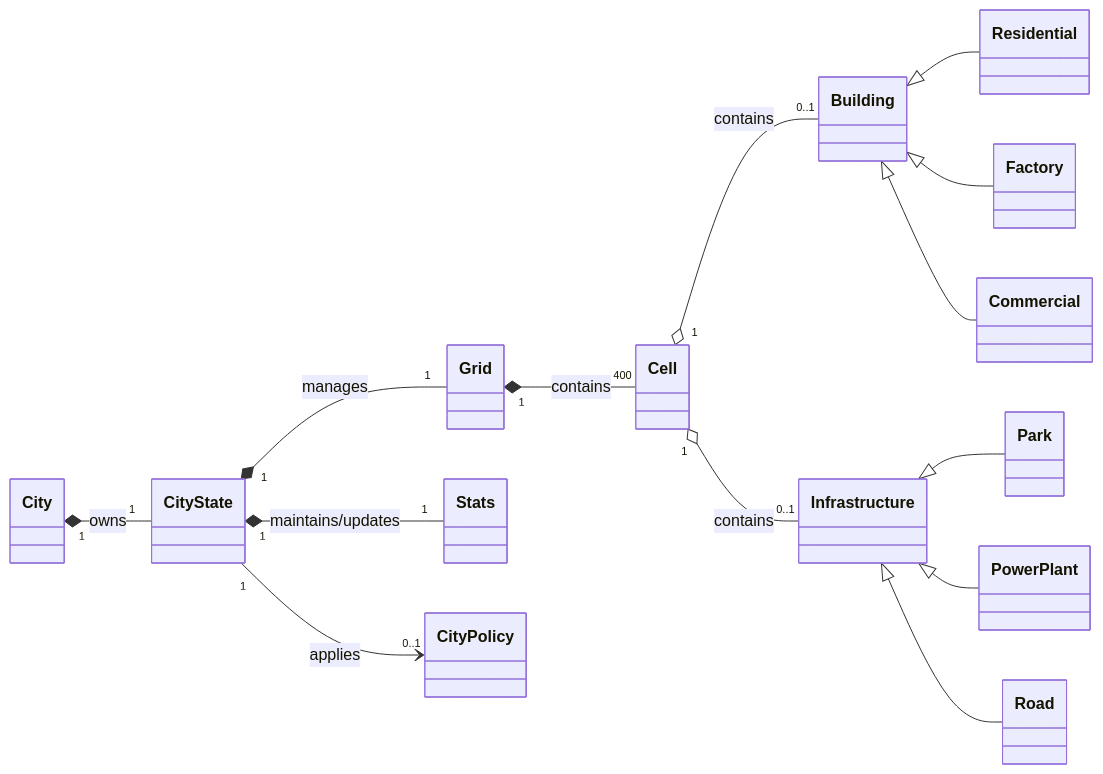
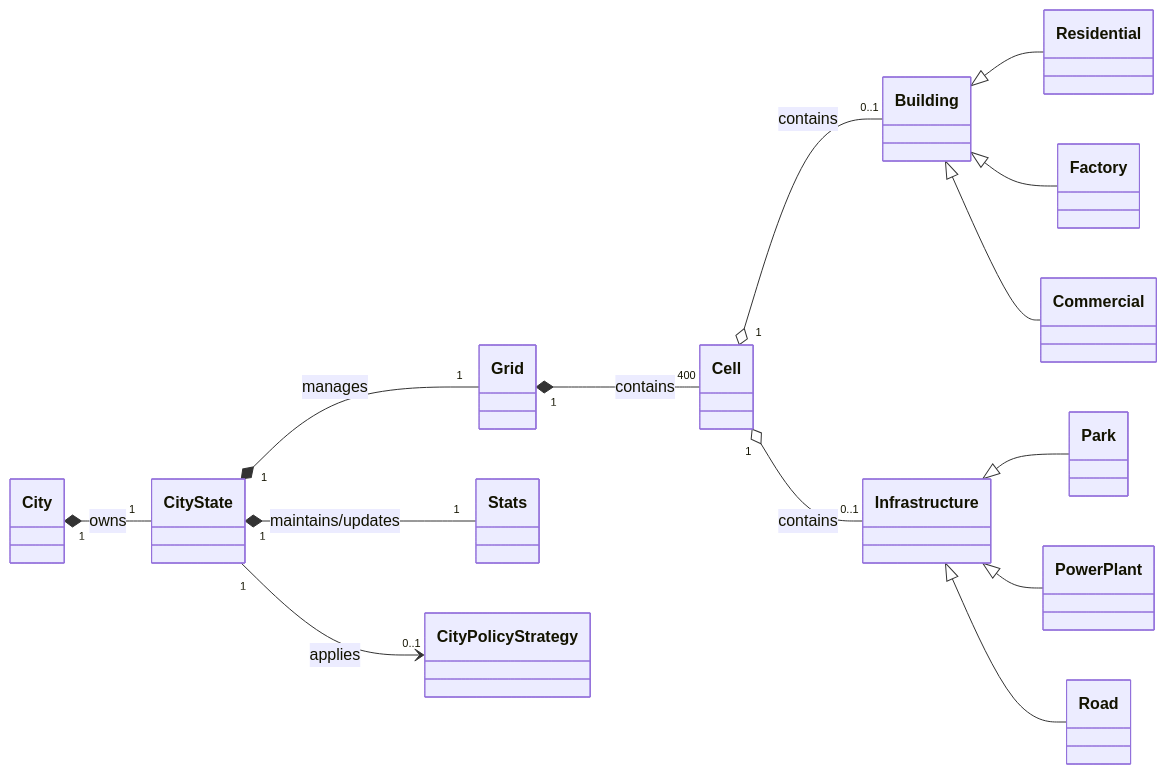
One commit to andreatoson3-netizen/Amatriciana changed the diagram in docs/DOMAIN-MODEL/domain-model.md. Above: the diagram before and after it, drawn with Mermaid. The commit also changed other lines of this file, not shown here.

````diff
--- a/docs/DOMAIN-MODEL/domain-model.md
+++ b/docs/DOMAIN-MODEL/domain-model.md
@@ -1,46 +1,46 @@
 ```mermaid
 classDiagram
     direction LR
 
     %% =========================
     %% MAIN DOMAIN ENTITIES
     %% =========================
 
     class City
     class CityState
     class Grid
     class Cell
     class Building
     class Infrastructure
     class Residential
     class Factory
     class Commercial
     class Park
     class PowerPlant
     class Road
     class Stats
-    class CityPolicy
+    CityPolicyStrategy
 
     %% =========================
     %% RELATIONSHIPS
     %% =========================
 
     City "1" *-- "1" CityState : owns
 
     CityState "1" *-- "1" Grid : manages
     CityState "1" *-- "1" Stats : maintains/updates
-    CityState "1" --> "0..1" CityPolicy : applies
+    CityState "1" --> "0..1" CityPolicyStrategy : applies
 
     Grid "1" *-- "400" Cell : contains
 
     Cell "1" o-- "0..1" Building : contains
     Cell "1" o-- "0..1" Infrastructure : contains
 
     Building <|-- Residential
     Building <|-- Factory
     Building <|-- Commercial
 
     Infrastructure <|-- Park
     Infrastructure <|-- PowerPlant
     Infrastructure <|-- Road
 ```
````
